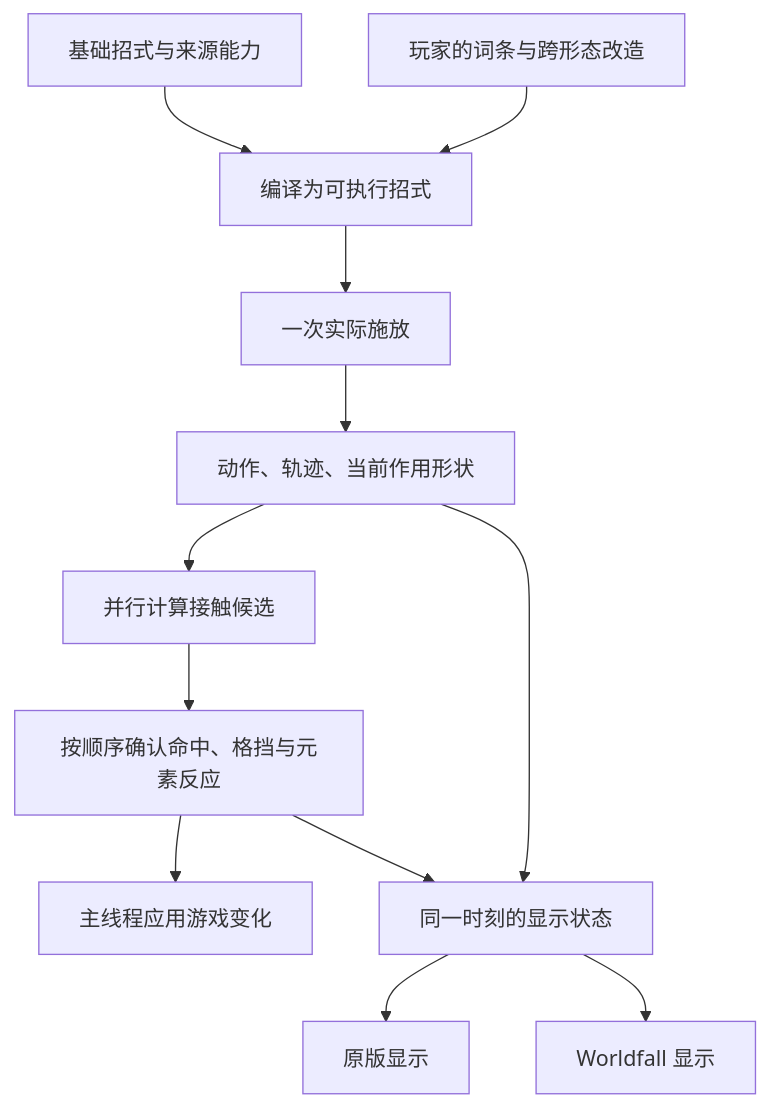
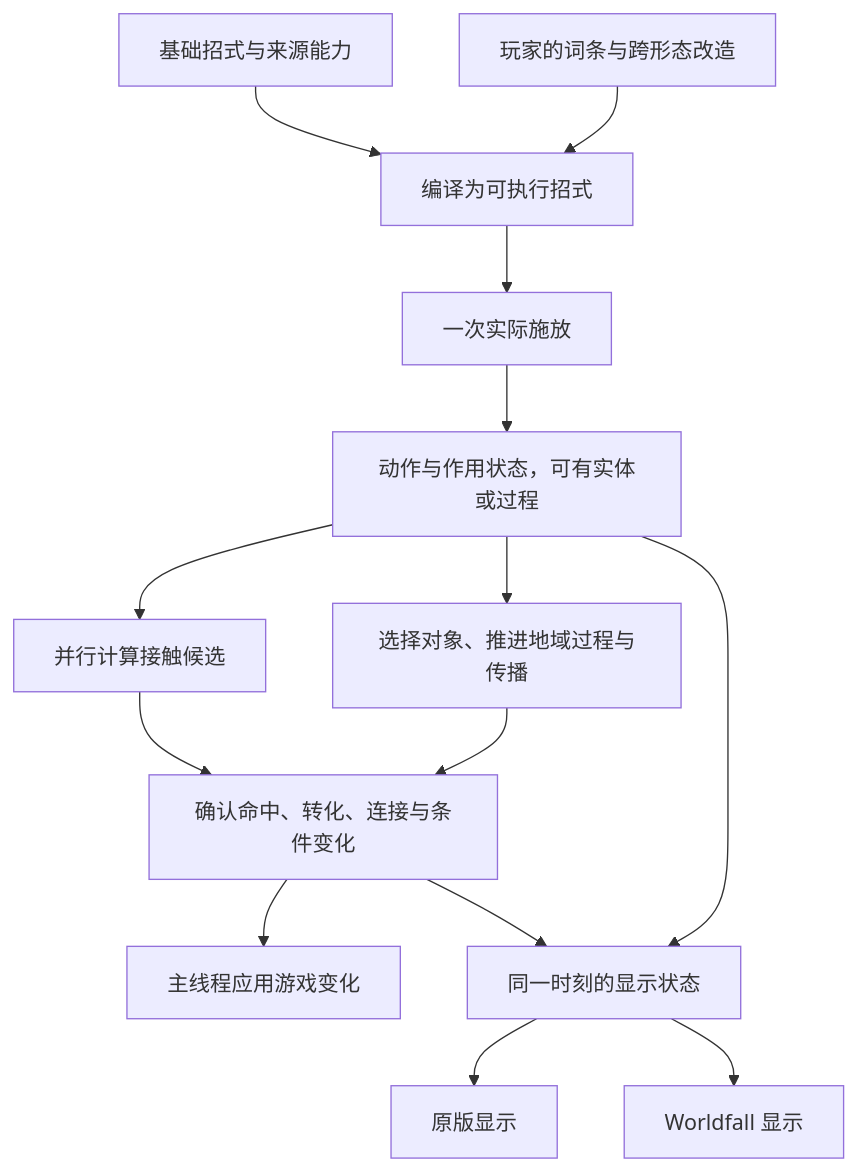
Before and after one commit to inmny/Cultiway-Reborn: the diagram in Doc/技能系统全面重构-摘要.md, drawn with Mermaid. The commit also changed other lines of this file and 7 other files, not shown here.

````diff
--- a/Doc/技能系统全面重构-摘要.md
+++ b/Doc/技能系统全面重构-摘要.md
@@ -33,14 +40,16 @@
 ```mermaid
 flowchart TD
     A[基础招式与来源能力] --> C[编译为可执行招式]
     B[玩家的词条与跨形态改造] --> C
     C --> D[一次实际施放]
-    D --> E[动作、轨迹、当前作用形状]
+    D --> E[动作与作用状态，可有实体或过程]
     E --> F[并行计算接触候选]
-    F --> G[按顺序确认命中、格挡与元素反应]
+    E --> L[选择对象、推进地域过程与传播]
+    F --> G[确认命中、转化、连接与条件变化]
+    L --> G
     G --> H[主线程应用游戏变化]
     E --> I[同一时刻的显示状态]
     G --> I
     I --> J[原版显示]
     I --> K[Worldfall 显示]
 ```
````
